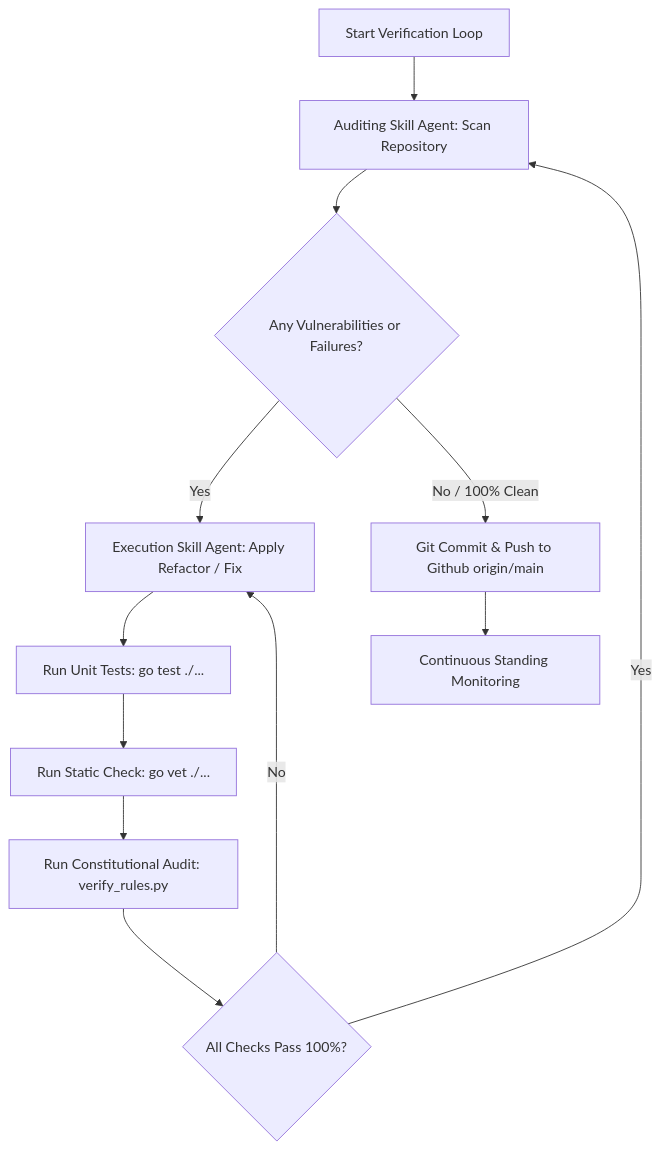
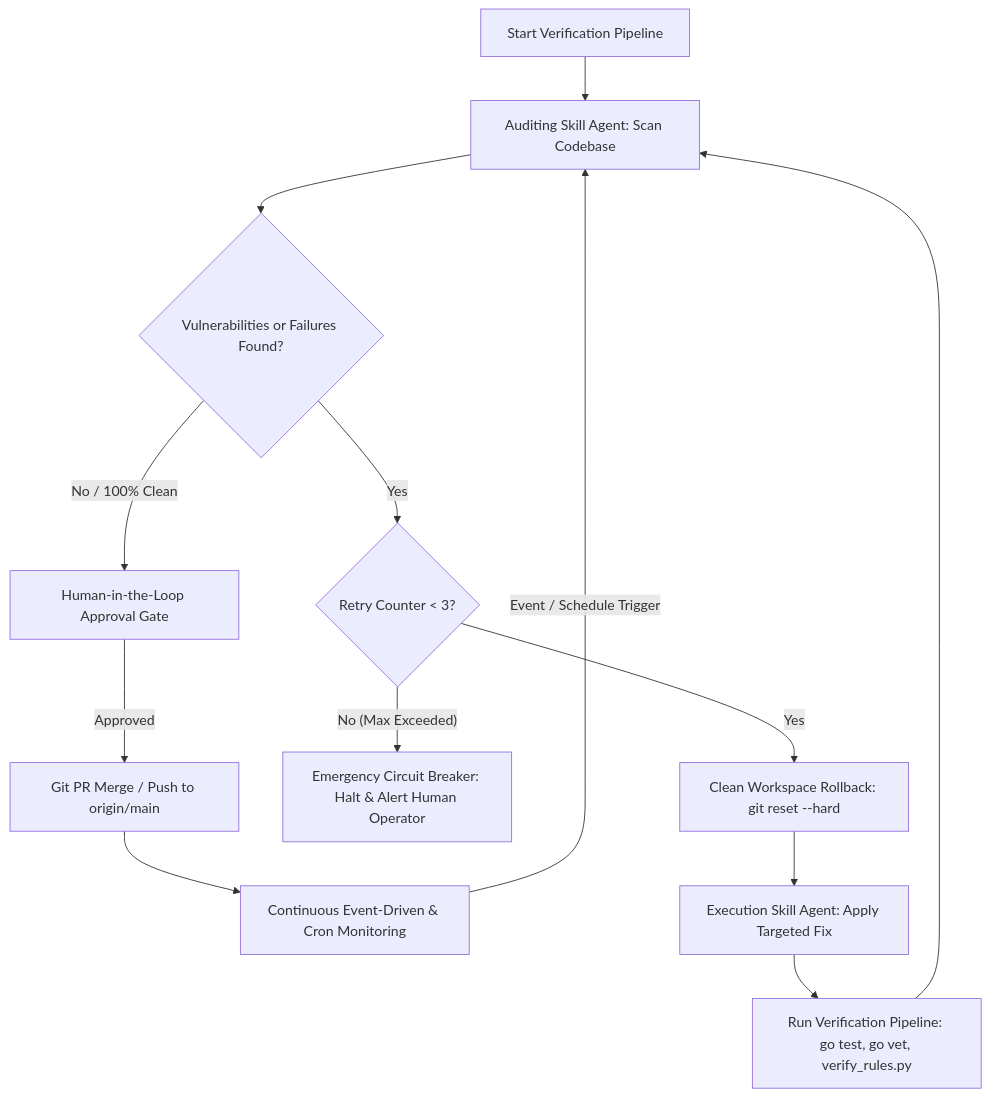
One commit to kazuku5532-ctrl/Beryl7-AI-Agent changed the diagram in .agents/AGENTS.md. Above: the diagram before and after it, drawn with Mermaid. The commit also changed other lines of this file, not shown here.

Commit message:
fix(architecture): update AGENTS.md to resolve 5 security & loop design flaws

````diff
--- a/.agents/AGENTS.md
+++ b/.agents/AGENTS.md
@@ -36,14 +36,16 @@
 ```mermaid
 graph TD
-    A[Start Verification Loop] --> B[Auditing Skill Agent: Scan Repository]
-    B --> C{Any Vulnerabilities or Failures?}
-    C -- Yes --> D[Execution Skill Agent: Apply Refactor / Fix]
-    D --> E[Run Unit Tests: go test ./...]
-    E --> F[Run Static Check: go vet ./...]
-    F --> G[Run Constitutional Audit: verify_rules.py]
-    G --> H{All Checks Pass 100%?}
-    H -- No --> D
-    H -- Yes --> B
-    C -- No / 100% Clean --> I[Git Commit & Push to Github origin/main]
-    I --> J[Continuous Standing Monitoring]
+    A[Start Verification Pipeline] --> B[Auditing Skill Agent: Scan Codebase]
+    B --> C{Vulnerabilities or Failures Found?}
+    C -- No / 100% Clean --> I[Human-in-the-Loop Approval Gate]
+    I -- Approved --> J[Git PR Merge / Push to origin/main]
+    J --> K[Continuous Event-Driven & Cron Monitoring]
+    K -- Event / Schedule Trigger --> B
+    
+    C -- Yes --> D{Retry Counter < 3?}
+    D -- No (Max Exceeded) --> E[Emergency Circuit Breaker: Halt & Alert Human Operator]
+    D -- Yes --> F[Clean Workspace Rollback: git reset --hard]
+    F --> G[Execution Skill Agent: Apply Targeted Fix]
+    G --> H[Run Verification Pipeline: go test, go vet, verify_rules.py]
+    H --> B
 ```
````
